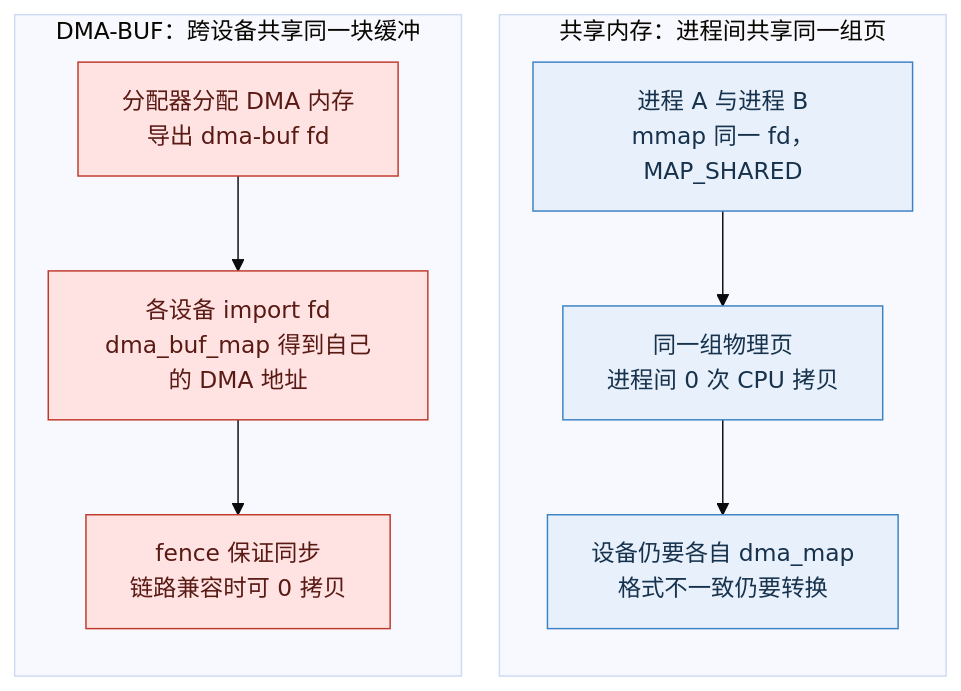
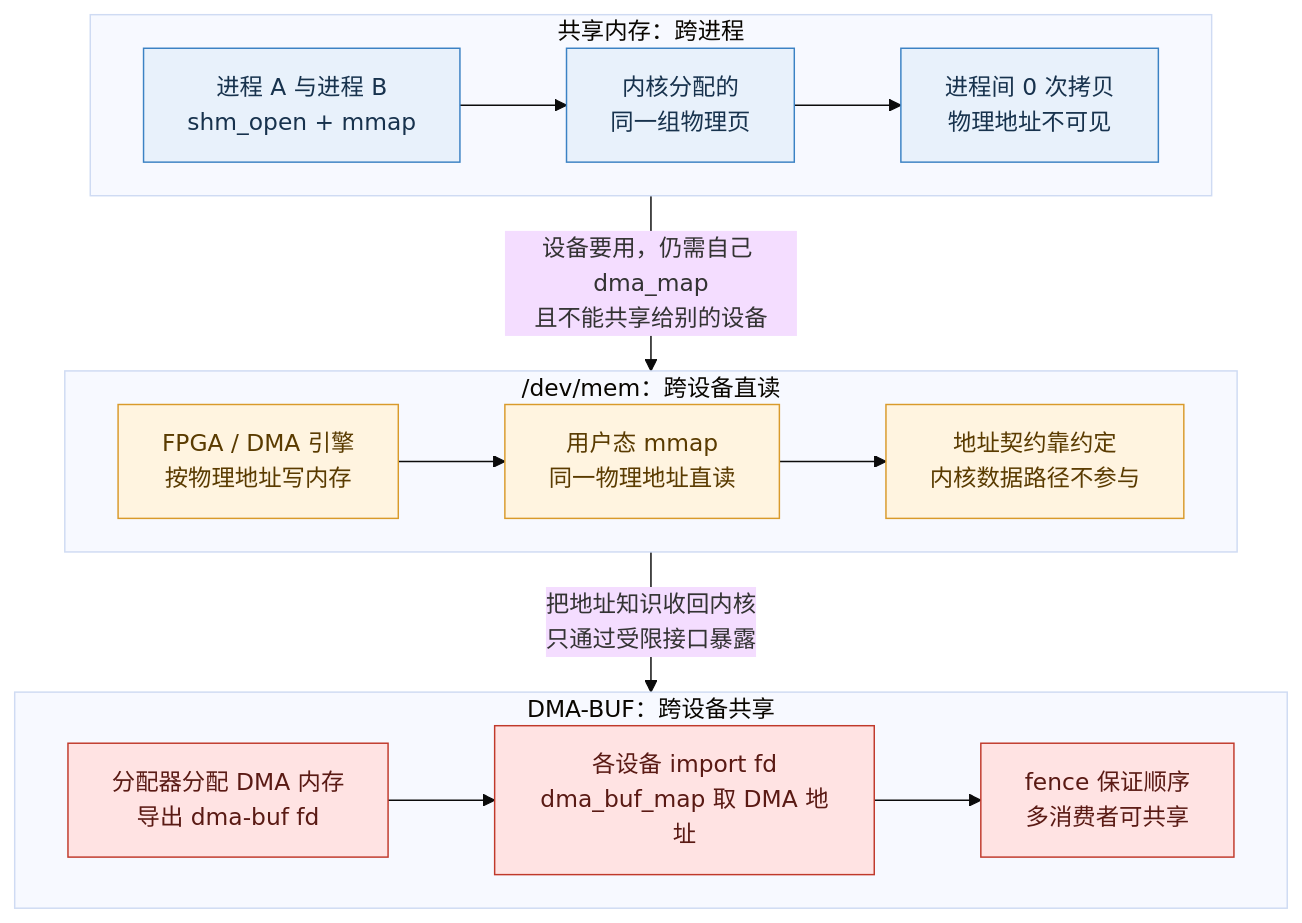
One commit to DeguiLiu/tech-notes changed the fourth of 5 diagrams in content/posts/architecture/v4l2_kernel_mechanism.md. Above: the diagram before and after it, drawn with Mermaid. The commit also changed other lines of this file and 1 other file, not shown here.

Commit message:
story-docs(blog): rework chapter 4 into shared-memory, /dev/mem and DMA-BUF

````diff
--- a/content/posts/architecture/v4l2_kernel_mechanism.md
+++ b/content/posts/architecture/v4l2_kernel_mechanism.md
@@ -185,14 +187,21 @@
 ```mermaid
-%%{init: {'theme':'base','flowchart':{'nodeSpacing':26,'rankSpacing':40,'curve':'linear'}}}%%
+%%{init: {'theme':'base','flowchart':{'nodeSpacing':26,'rankSpacing':48,'curve':'linear'}}}%%
 flowchart TB
-  subgraph SH["共享内存：进程间共享同一组页"]
-    direction TB
-    S1["进程 A 与进程 B<br/>mmap 同一 fd，MAP_SHARED"]:::sh --> S2["同一组物理页<br/>进程间 0 次 CPU 拷贝"]:::sh --> S3["设备仍要各自 dma_map<br/>格式不一致仍要转换"]:::sh
+  subgraph SH["共享内存：跨进程"]
+    direction LR
+    S1["进程 A 与进程 B<br/>shm_open + mmap"]:::sh --> S2["内核分配的<br/>同一组物理页"]:::sh --> S3["进程间 0 次拷贝<br/>物理地址不可见"]:::sh
   end
-  subgraph DB["DMA-BUF：跨设备共享同一块缓冲"]
-    direction TB
-    D1["分配器分配 DMA 内存<br/>导出 dma-buf fd"]:::db --> D2["各设备 import fd<br/>dma_buf_map 得到自己的 DMA 地址"]:::db --> D3["fence 保证同步<br/>链路兼容时可 0 拷贝"]:::db
+  subgraph MEM["/dev/mem：跨设备直读"]
+    direction LR
+    M1["FPGA / DMA 引擎<br/>按物理地址写内存"]:::mem --> M2["用户态 mmap<br/>同一物理地址直读"]:::mem --> M3["地址契约靠约定<br/>内核数据路径不参与"]:::mem
   end
+  subgraph DB["DMA-BUF：跨设备共享"]
+    direction LR
+    D1["分配器分配 DMA 内存<br/>导出 dma-buf fd"]:::db --> D2["各设备 import fd<br/>dma_buf_map 取 DMA 地址"]:::db --> D3["fence 保证顺序<br/>多消费者可共享"]:::db
+  end
+  SH -->|"设备要用，仍需自己 dma_map<br/>且不能共享给别的设备"| MEM
+  MEM -->|"把地址知识收回内核<br/>只通过受限接口暴露"| DB
   classDef sh fill:#E8F1FB,stroke:#3B82C4,color:#17324D
+  classDef mem fill:#FFF4E0,stroke:#D99A2B,color:#5A3B00
   classDef db fill:#FFE3E3,stroke:#C0392B,color:#5A1A14
 ```
````
